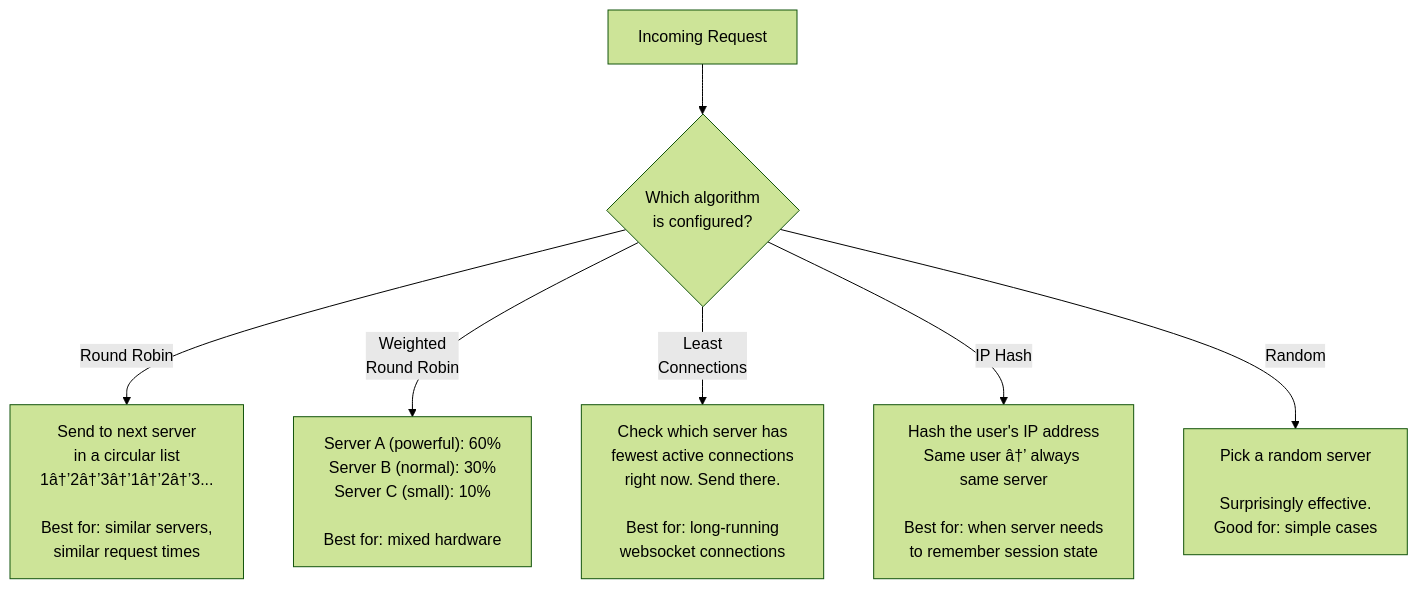
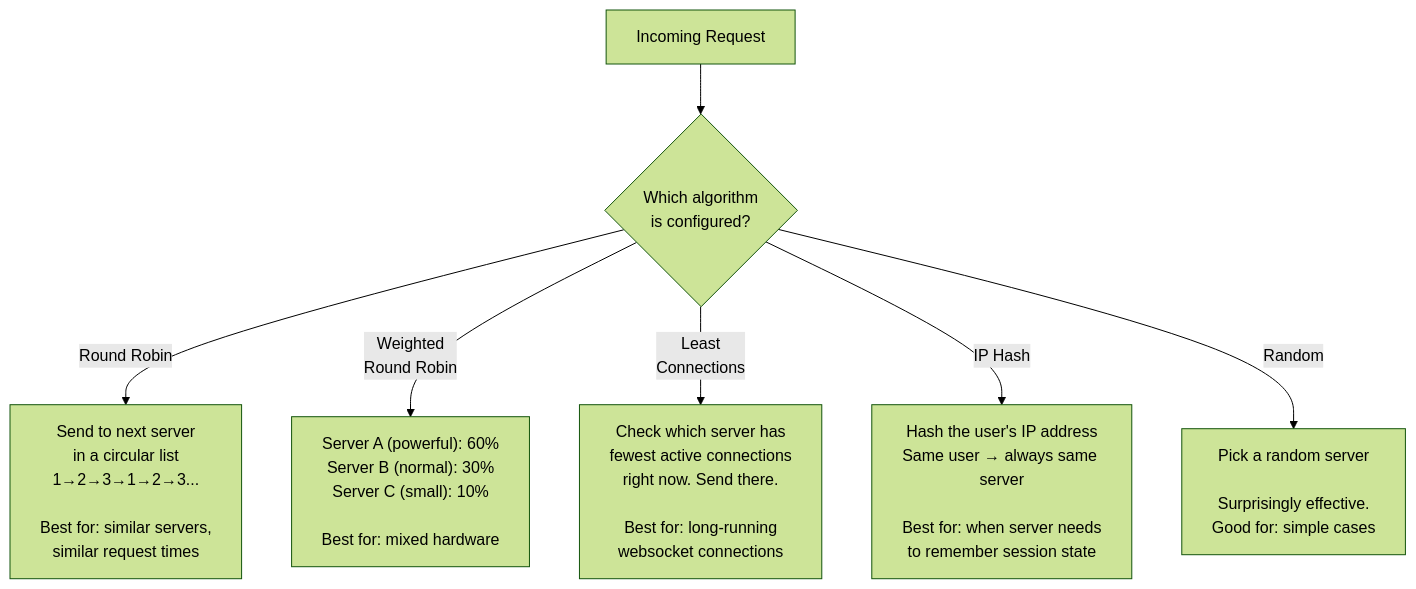
The sixth of 17 diagrams in README.md (vishalsehgalvs/High_Level_Design), drawn with Mermaid (forest theme) before and after one commit. The commit also changed other lines of this file, not shown here.

Commit message:
Added notes on single server setup, API design and API protocols

````diff
--- a/README.md
+++ b/README.md
@@ -811,17 +805,17 @@
 ```mermaid
 flowchart TD
     T["Incoming Request"]
     ALG{"Which algorithm\nis configured?"}
 
     T --> ALG
 
-    ALG -->|"Round Robin"| RR["Send to next server\nin a circular list\n1â†’2â†’3â†’1â†’2â†’3...\n\nBest for: similar servers,\nsimilar request times"]
+    ALG -->|"Round Robin"| RR["Send to next server\nin a circular list\n1→2→3→1→2→3...\n\nBest for: similar servers,\nsimilar request times"]
 
     ALG -->|"Weighted\nRound Robin"| WRR["Server A (powerful): 60%\nServer B (normal):  30%\nServer C (small):   10%\n\nBest for: mixed hardware"]
 
     ALG -->|"Least\nConnections"| LC["Check which server has\nfewest active connections\nright now. Send there.\n\nBest for: long-running\nwebsocket connections"]
 
-    ALG -->|"IP Hash"| IPH["Hash the user's IP address\nSame user â†’ always same server\n\nBest for: when server needs\nto remember session state"]
+    ALG -->|"IP Hash"| IPH["Hash the user's IP address\nSame user → always same server\n\nBest for: when server needs\nto remember session state"]
 
     ALG -->|"Random"| RAND["Pick a random server\n\nSurprisingly effective.\nGood for: simple cases"]
 ```
````
